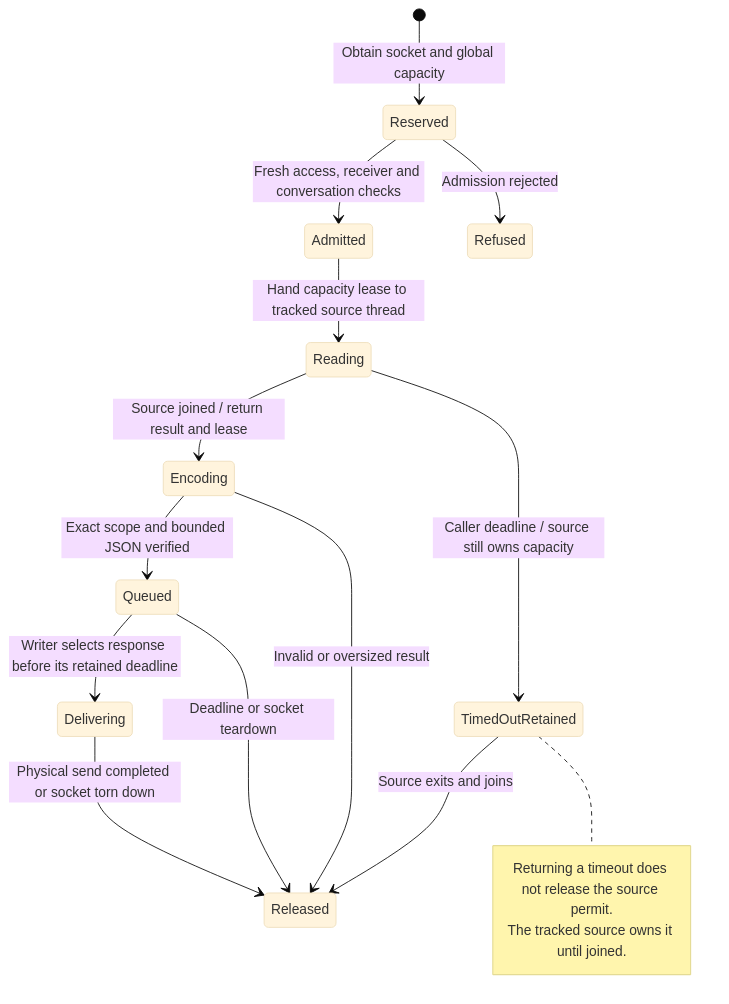
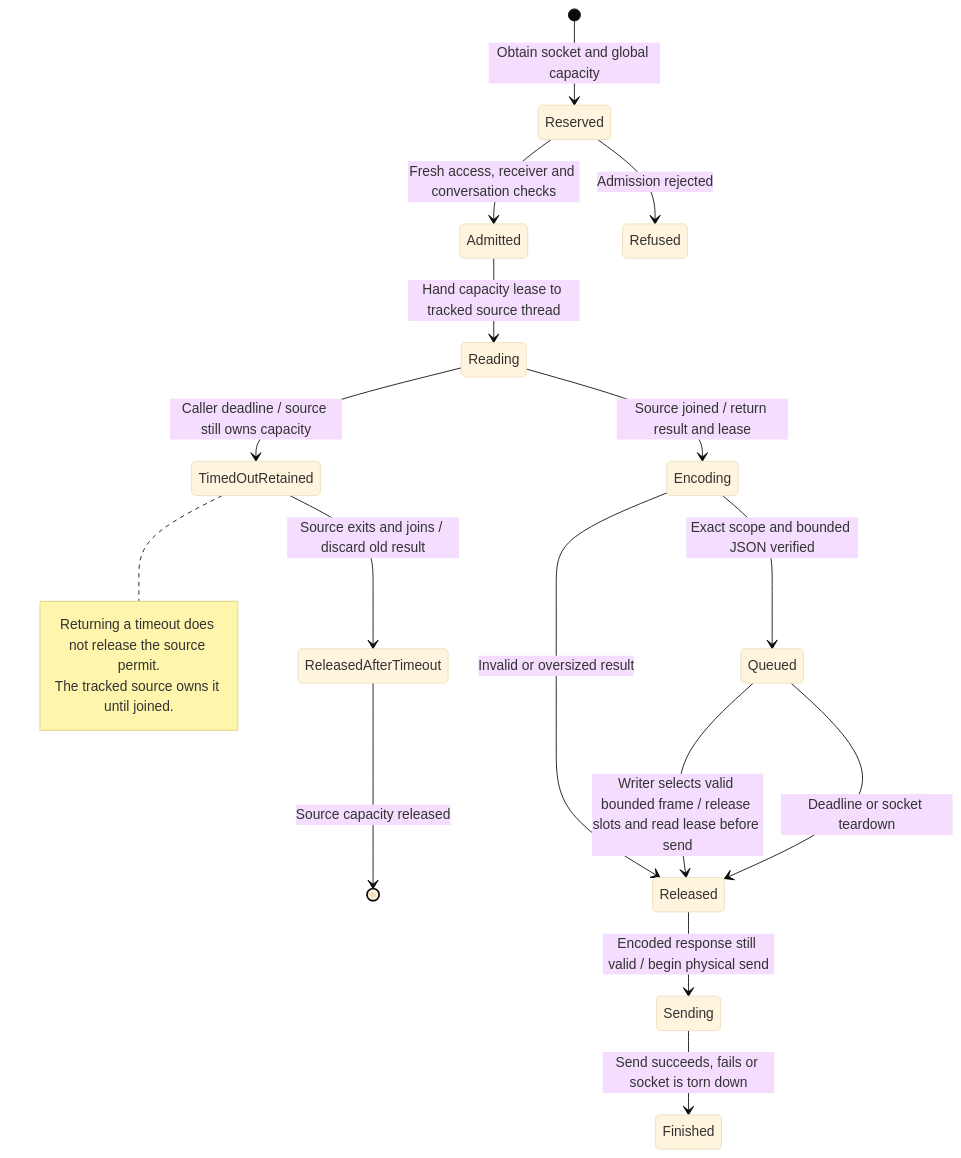
The diagram in docs/state/services/gateway/record-reads.md (nessalabs/nessa-agent), drawn with Mermaid (base theme) before and after one commit. The commit also changed other lines of this file and 16 other files, not shown here.

Commit message:
docs: reconcile state diagrams with current main lifecycles

````diff
--- a/docs/state/services/gateway/record-reads.md
+++ b/docs/state/services/gateway/record-reads.md
@@ -23,19 +23,21 @@
 ```mermaid
 stateDiagram-v2
     [*] --> Reserved: Obtain socket and global capacity
     Reserved --> Admitted: Fresh access, receiver and conversation checks
     Reserved --> Refused: Admission rejected
     Admitted --> Reading: Hand capacity lease to tracked source thread
     Reading --> Encoding: Source joined / return result and lease
     Reading --> TimedOutRetained: Caller deadline / source still owns capacity
-    TimedOutRetained --> Released: Source exits and joins
+    TimedOutRetained --> ReleasedAfterTimeout: Source exits and joins / discard old result
+    ReleasedAfterTimeout --> [*]: Source capacity released
     Encoding --> Queued: Exact scope and bounded JSON verified
     Encoding --> Released: Invalid or oversized result
-    Queued --> Delivering: Writer selects response before its retained deadline
+    Queued --> Released: Writer selects valid bounded frame / release slots and read lease before send
     Queued --> Released: Deadline or socket teardown
-    Delivering --> Released: Physical send completed or socket torn down
+    Released --> Sending: Encoded response still valid / begin physical send
+    Sending --> Finished: Send succeeds, fails or socket is torn down
     note right of TimedOutRetained
         Returning a timeout does not release the source permit.
         The tracked source owns it until joined.
     end note
 ```
````
